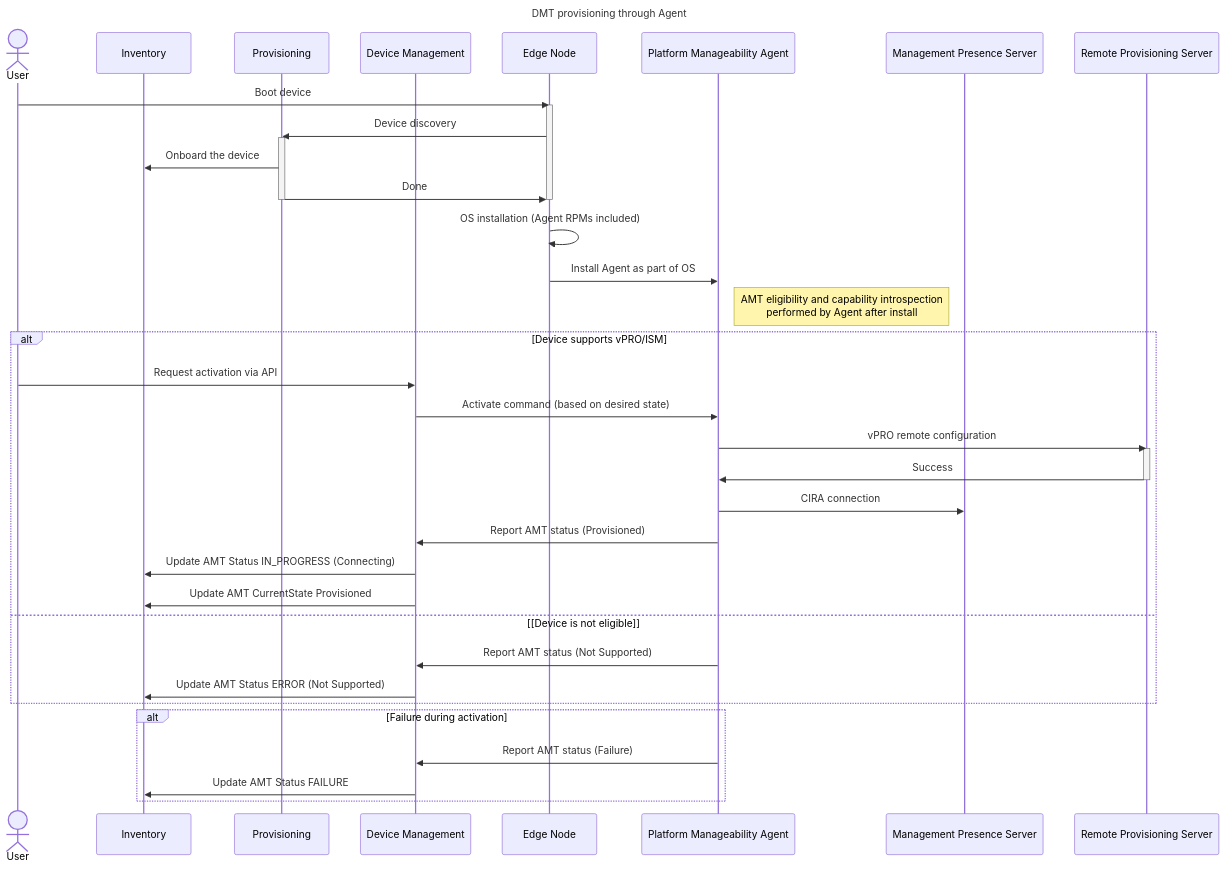
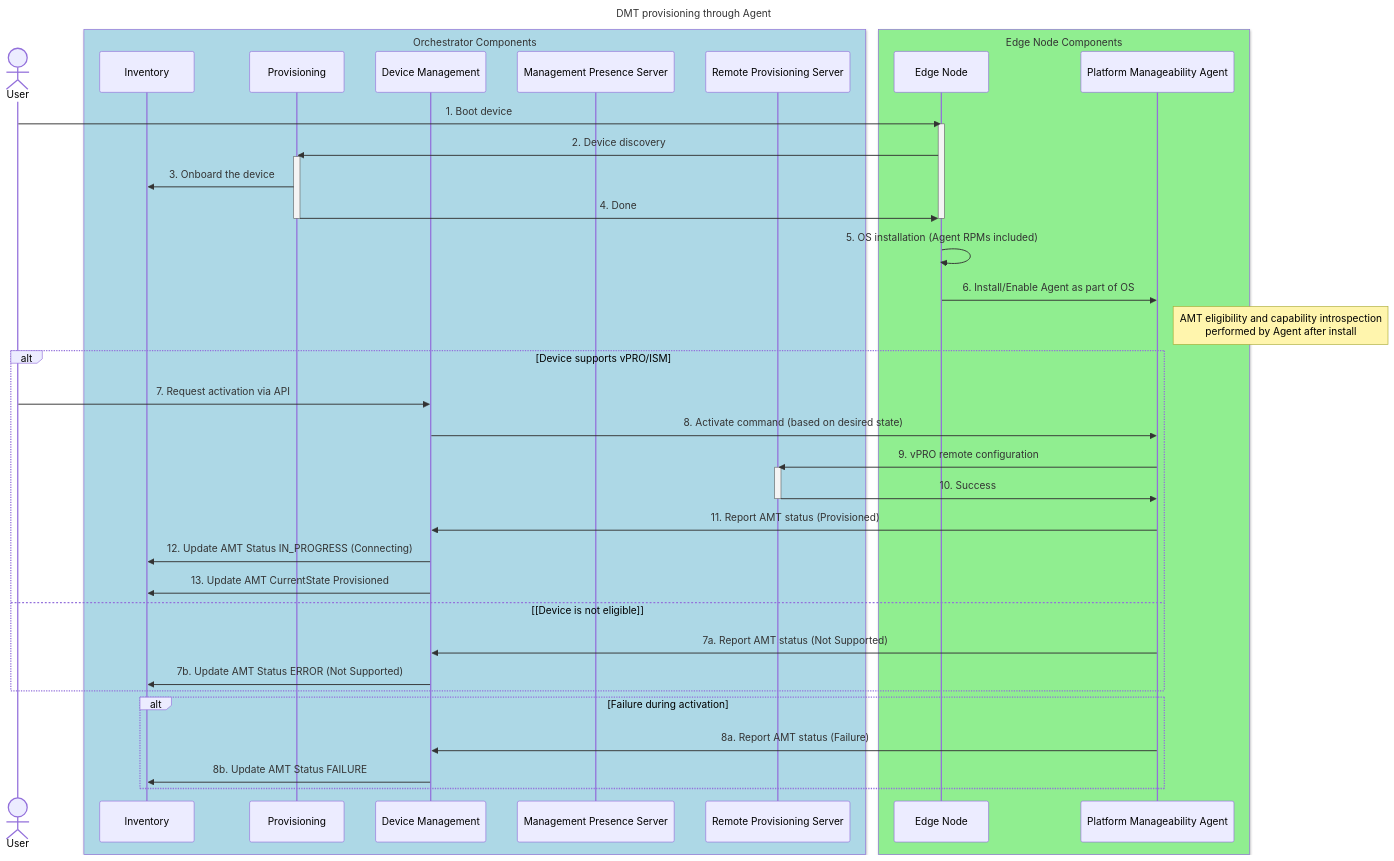
Before and after one commit to open-edge-platform/edge-manageability-framework: the diagram in design-proposals/vpro-device.md, drawn with Mermaid. The commit also changed other lines of this file, not shown here.

Commit message:
address review comments

````diff
--- a/design-proposals/vpro-device.md
+++ b/design-proposals/vpro-device.md
@@ -49,47 +63,52 @@
 ```mermaid
 sequenceDiagram
     title DMT provisioning through Agent
     actor us as User
+  
+    box rgb(173, 216, 230) Orchestrator Components
     participant inv as Inventory
     participant ps as Provisioning
     participant dm as Device Management
+    participant mps as Management Presence Server
+    participant rps as Remote Provisioning Server
+    end
+ 
+    box rgb(144, 238, 144) Edge Node Components
     participant en as Edge Node
     participant agent as Platform Manageability Agent
-    participant mps as Management Presence Server
-    participant rps as Remote Provisioning Server
+    end
 
-    us ->> en: Boot device
+    us ->> en: 1. Boot device
     activate en
-    en ->> ps: Device discovery
+    en ->> ps: 2. Device discovery
     activate ps
-    ps ->> inv: Onboard the device
-    ps ->> en: Done
+    ps ->> inv: 3. Onboard the device
+    ps ->> en: 4. Done
     deactivate ps
     deactivate en
 
-    en ->> en: OS installation (Agent RPMs included)
-    en ->> agent: Install Agent as part of OS
+    en ->> en: 5. OS installation (Agent RPMs included)
+    en ->> agent: 6. Install/Enable Agent as part of OS
 
     Note right of agent: AMT eligibility and capability introspection<br>performed by Agent after install
 
     alt Device supports vPRO/ISM
-        us ->> dm: Request activation via API
-        dm ->> agent: Activate command (based on desired state)
-        agent ->> rps: vPRO remote configuration
+        us ->> dm: 7. Request activation via API
+        dm ->> agent: 8. Activate command (based on desired state)
+        agent ->> rps: 9. vPRO remote configuration
         activate rps
-        rps ->> agent: Success
+        rps ->> agent: 10. Success
         deactivate rps
-        agent ->> mps: CIRA connection
-        agent ->> dm: Report AMT status (Provisioned)
-        dm ->> inv: Update AMT Status IN_PROGRESS (Connecting)
-        dm ->> inv: Update AMT CurrentState Provisioned
+        agent ->> dm: 11. Report AMT status (Provisioned)
+        dm ->> inv: 12. Update AMT Status IN_PROGRESS (Connecting)
+        dm ->> inv: 13. Update AMT CurrentState Provisioned
     else [Device is not eligible]
-        agent ->> dm: Report AMT status (Not Supported)
-        dm ->> inv: Update AMT Status ERROR (Not Supported)
+        agent ->> dm: 7a. Report AMT status (Not Supported)
+        dm ->> inv: 7b. Update AMT Status ERROR (Not Supported)
     end
 
     alt Failure during activation
-        agent ->> dm: Report AMT status (Failure)
-        dm ->> inv: Update AMT Status FAILURE
+        agent ->> dm: 8a. Report AMT status (Failure)
+        dm ->> inv: 8b. Update AMT Status FAILURE
     end
 ```
````
